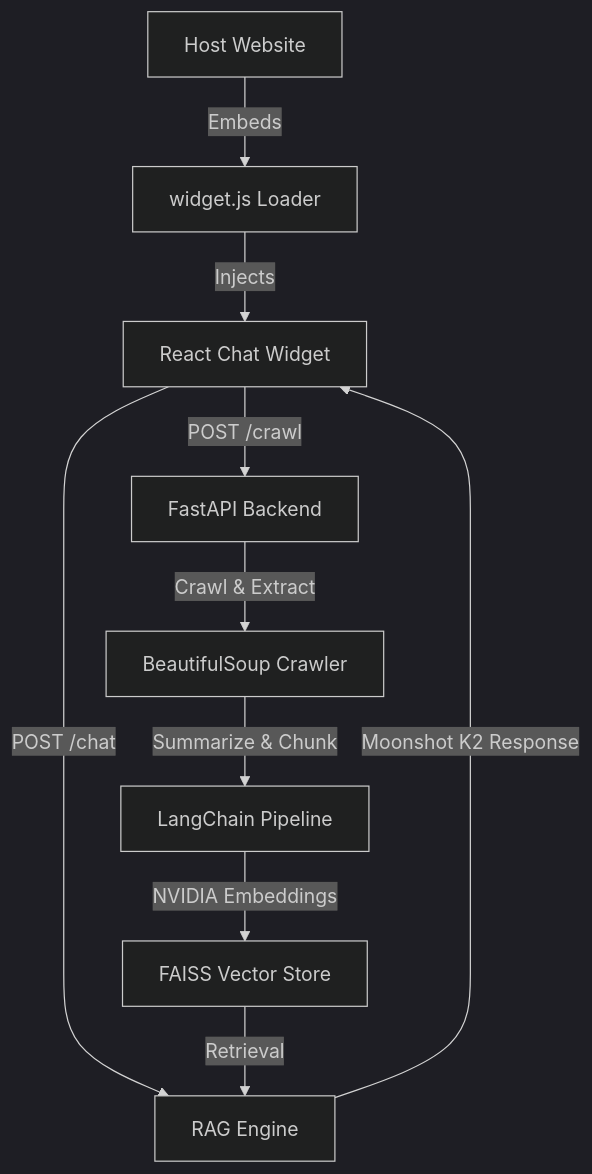
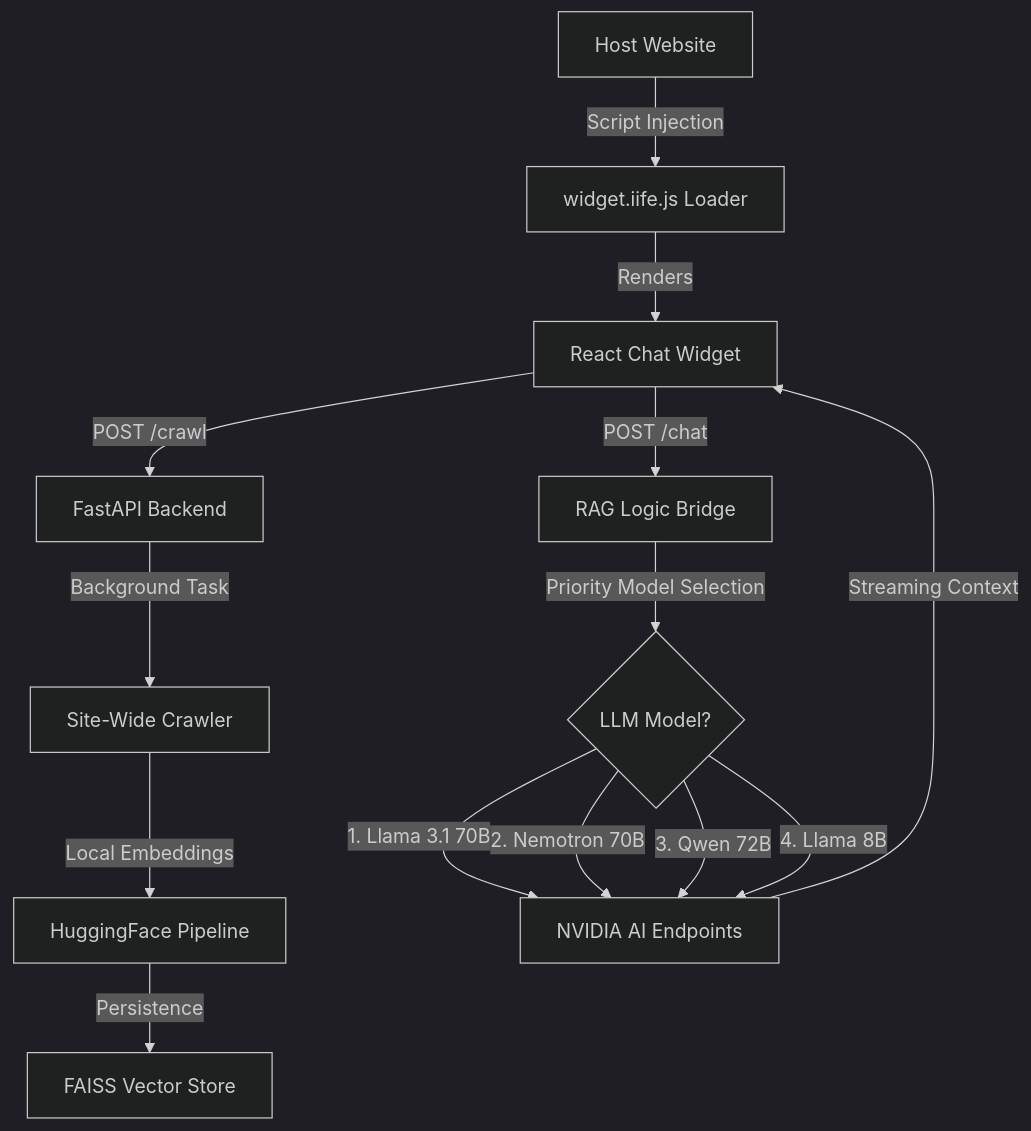
One commit to SRIRAM1326/sriram-pro changed the diagram in chatbot/README.md. Above: the diagram before and after it, drawn with Mermaid (dark theme). The commit also changed other lines of this file and 15 other files, not shown here.

Commit message:
feat: implement chatbot widget UI and backend RAG engine integration

````diff
--- a/chatbot/README.md
+++ b/chatbot/README.md
@@ -30,12 +31,16 @@
 ```mermaid
 graph TD
-    A[Host Website] -- Embeds --> B[widget.js Loader]
-    B -- Injects --> C[React Chat Widget]
+    A[Host Website] -- Script Injection --> B[widget.iife.js Loader]
+    B -- Renders --> C[React Chat Widget]
     C -- "POST /crawl" --> D[FastAPI Backend]
-    D -- "Crawl & Extract" --> E[BeautifulSoup Crawler]
-    E -- "Summarize & Chunk" --> F[LangChain Pipeline]
-    F -- "NVIDIA Embeddings" --> G[FAISS Vector Store]
-    C -- "POST /chat" --> H[RAG Engine]
-    G -- "Retrieval" --> H
-    H -- "Moonshot K2 Response" --> C
+    D -- "Background Task" --> E[Site-Wide Crawler]
+    E -- "Local Embeddings" --> F[HuggingFace Pipeline]
+    F -- "Persistence" --> G[FAISS Vector Store]
+    C -- "POST /chat" --> H[RAG Logic Bridge]
+    H -- "Priority Model Selection" --> I{LLM Model? }
+    I -- "1. Llama 3.1 70B" --> J[NVIDIA AI Endpoints]
+    I -- "2. Nemotron 70B" --> J
+    I -- "3. Qwen 72B" --> J
+    I -- "4. Llama 8B" --> J
+    J -- "Streaming Context" --> C
 ```
````
